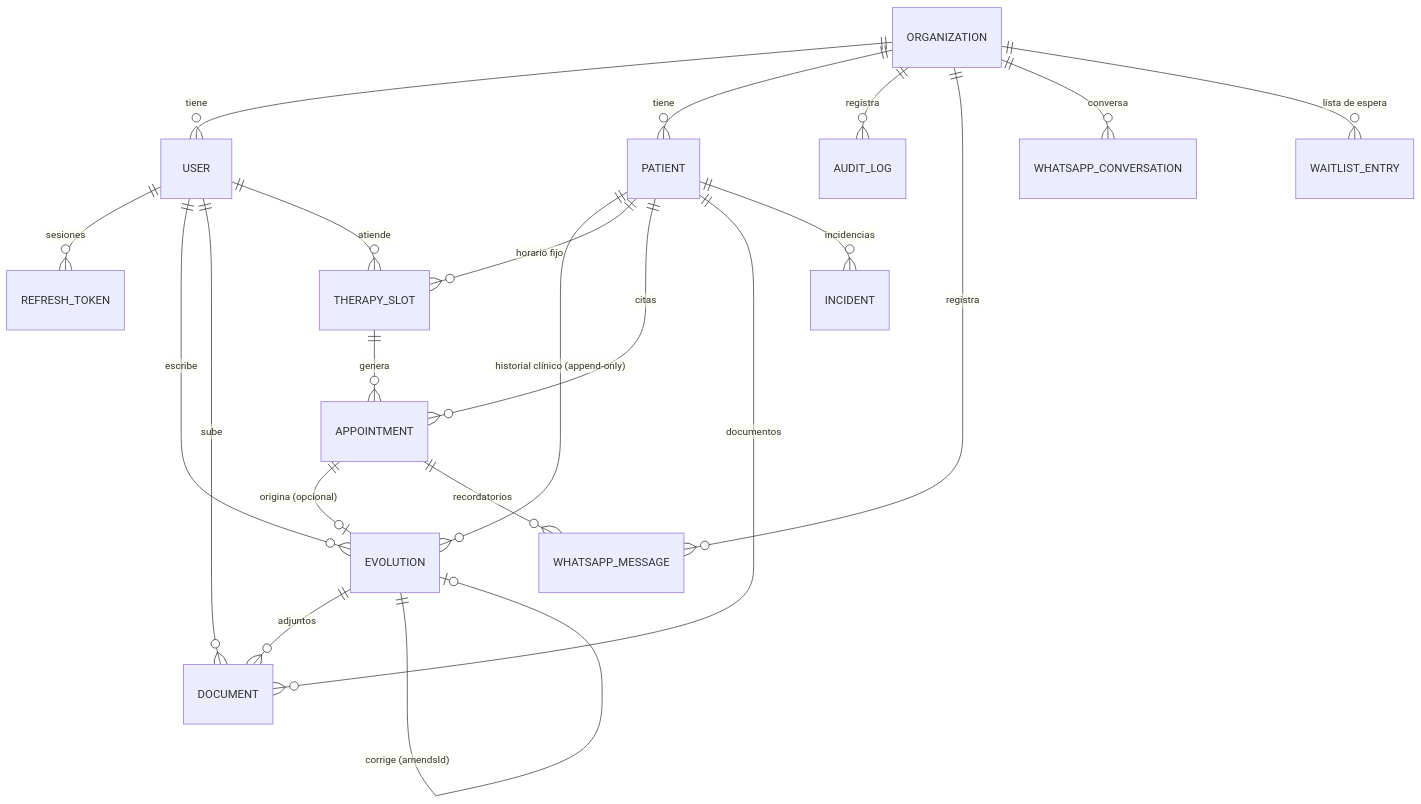
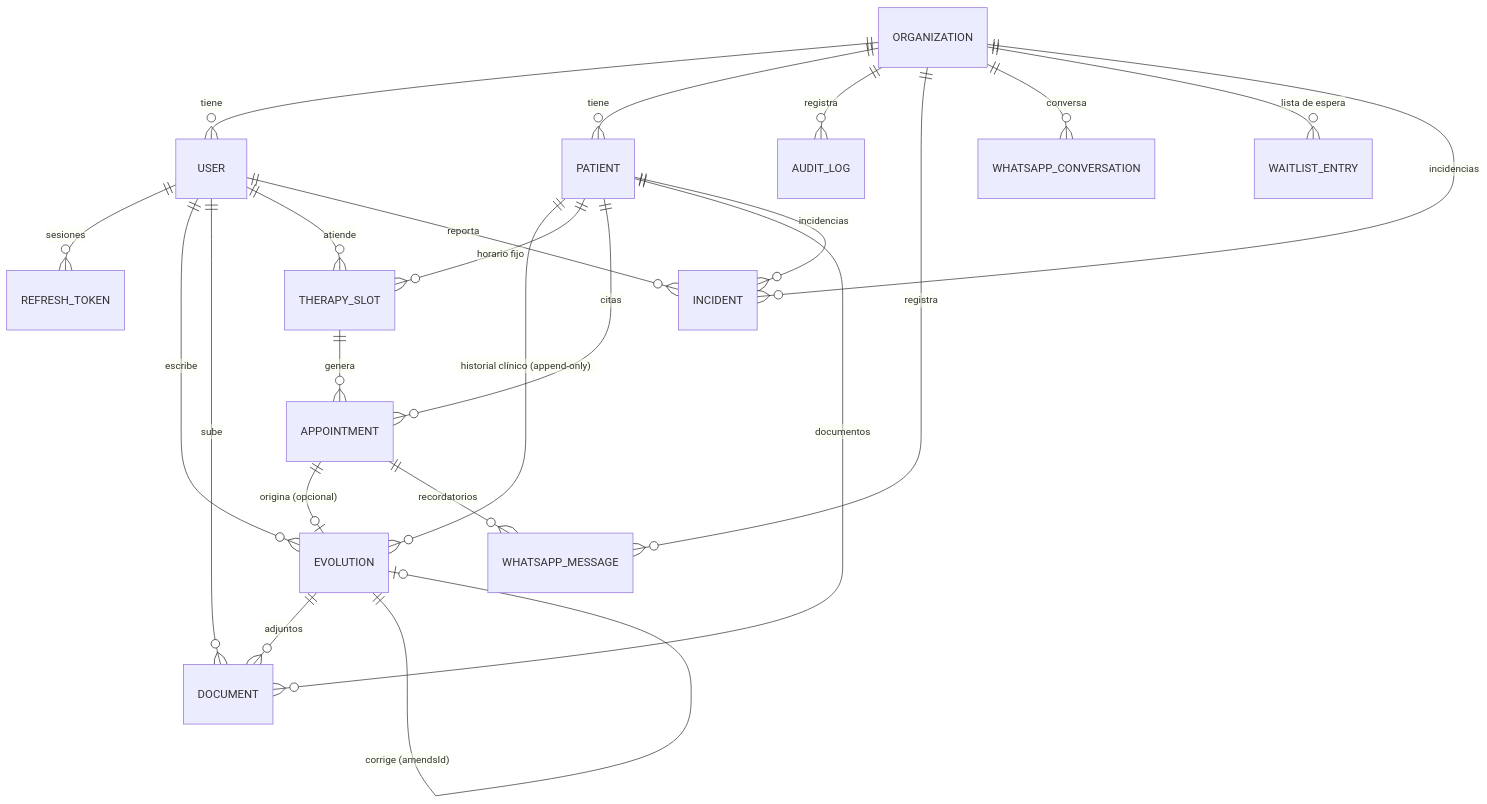
Before and after one commit to JoseGavilan1/centro-terapias: the diagram in docs/02-modelo-datos.md, drawn with Mermaid. The commit also changed other lines of this file and 34 other files, not shown here.

````diff
--- a/docs/02-modelo-datos.md
+++ b/docs/02-modelo-datos.md
@@ -16,23 +16,25 @@
 ```mermaid
 erDiagram
     ORGANIZATION ||--o{ USER : tiene
     ORGANIZATION ||--o{ PATIENT : tiene
     ORGANIZATION ||--o{ AUDIT_LOG : registra
     USER ||--o{ REFRESH_TOKEN : sesiones
     USER ||--o{ EVOLUTION : escribe
     USER ||--o{ DOCUMENT : sube
     PATIENT ||--o{ EVOLUTION : "historial clínico (append-only)"
     PATIENT ||--o{ THERAPY_SLOT : "horario fijo"
     PATIENT ||--o{ APPOINTMENT : citas
     PATIENT ||--o{ DOCUMENT : documentos
     PATIENT ||--o{ INCIDENT : incidencias
     THERAPY_SLOT ||--o{ APPOINTMENT : genera
     USER ||--o{ THERAPY_SLOT : atiende
     APPOINTMENT ||--o| EVOLUTION : "origina (opcional)"
     APPOINTMENT ||--o{ WHATSAPP_MESSAGE : recordatorios
     ORGANIZATION ||--o{ WHATSAPP_MESSAGE : registra
     ORGANIZATION ||--o{ WHATSAPP_CONVERSATION : conversa
     ORGANIZATION ||--o{ WAITLIST_ENTRY : "lista de espera"
+    ORGANIZATION ||--o{ INCIDENT : incidencias
+    USER ||--o{ INCIDENT : reporta
     EVOLUTION ||--o{ DOCUMENT : adjuntos
     EVOLUTION ||--o| EVOLUTION : "corrige (amendsId)"
 ```
````
